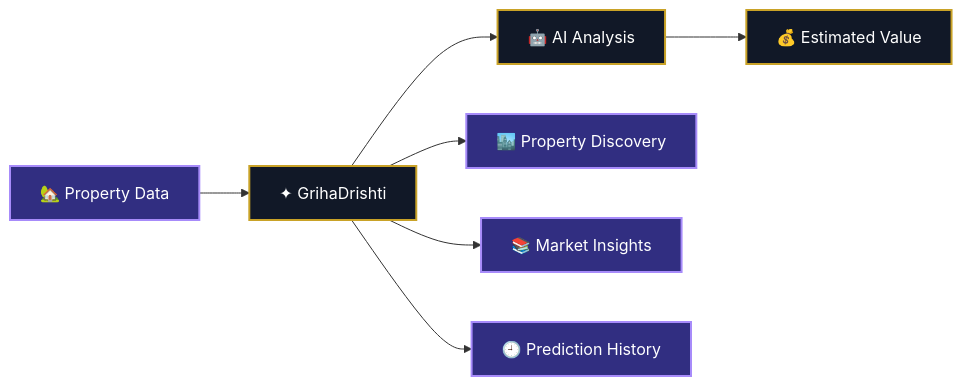
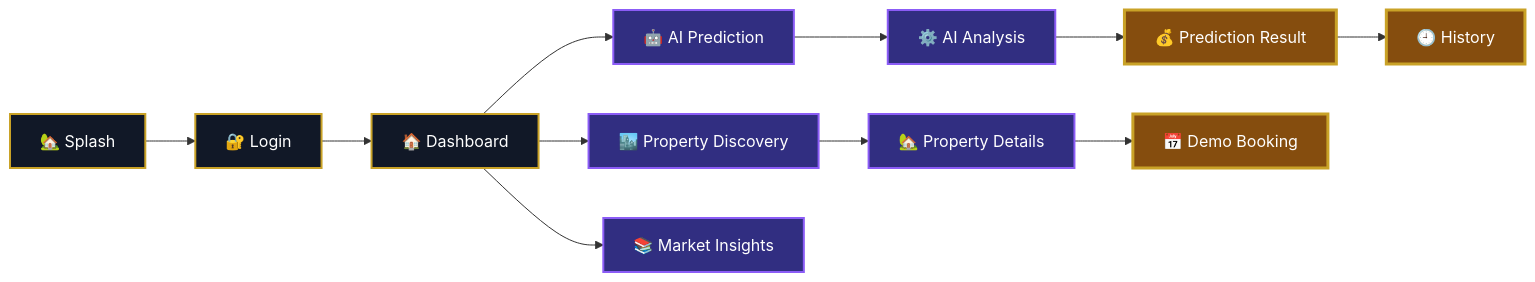
One commit to Arijit07-tech7/GrihaDrishti changed the first of 5 diagrams in README.md. Above: the diagram before and after it, drawn with Mermaid. The commit also changed other lines of this file, not shown here.

`````diff
--- a/README.md
+++ b/README.md
@@ -48,15 +48,23 @@
 ```mermaid
 flowchart LR
-    A["🏡 Property Data"] --> B["✦ GrihaDrishti"]
-    B --> C["🤖 AI Analysis"]
-    C --> D["💰 Estimated Value"]
-    B --> E["🏙️ Property Discovery"]
-    B --> F["📚 Market Insights"]
-    B --> G["🕘 Prediction History"]
+    A["🏡 Splash"] --> B["🔐 Login"]
+    B --> C["🏠 Dashboard"]
+    C --> D["🤖 AI Prediction"]
+    D --> E["⚙️ AI Analysis"]
+    E --> F["💰 Prediction Result"]
+    F --> G["🕘 History"]
 
-    classDef main fill:#111827,stroke:#C9A227,color:#fff,stroke-width:2px;
-    classDef accent fill:#312E81,stroke:#A78BFA,color:#fff,stroke-width:2px;
+    C --> H["🏙️ Property Discovery"]
+    H --> I["🏡 Property Details"]
+    I --> J["📅 Demo Booking"]
 
-    class B,C,D main;
-    class A,E,F,G accent;
+    C --> K["📚 Market Insights"]
+
+    classDef primary fill:#111827,stroke:#C9A227,color:#fff,stroke-width:2px;
+    classDef secondary fill:#312E81,stroke:#8B5CF6,color:#fff,stroke-width:2px;
+    classDef result fill:#854D0E,stroke:#C9A227,color:#fff,stroke-width:3px;
+
+    class A,B,C primary;
+    class D,E,H,I,K secondary;
+    class F,G,J result;
 ````
`````
